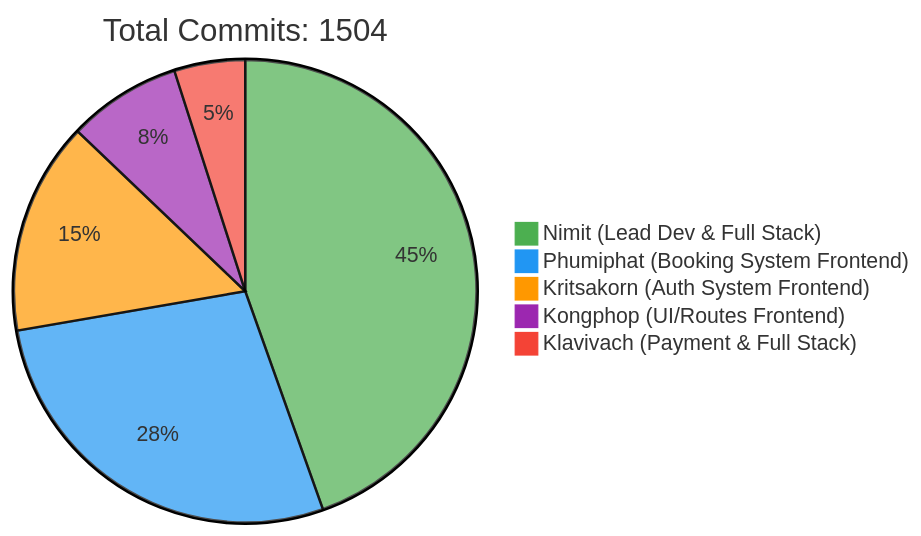
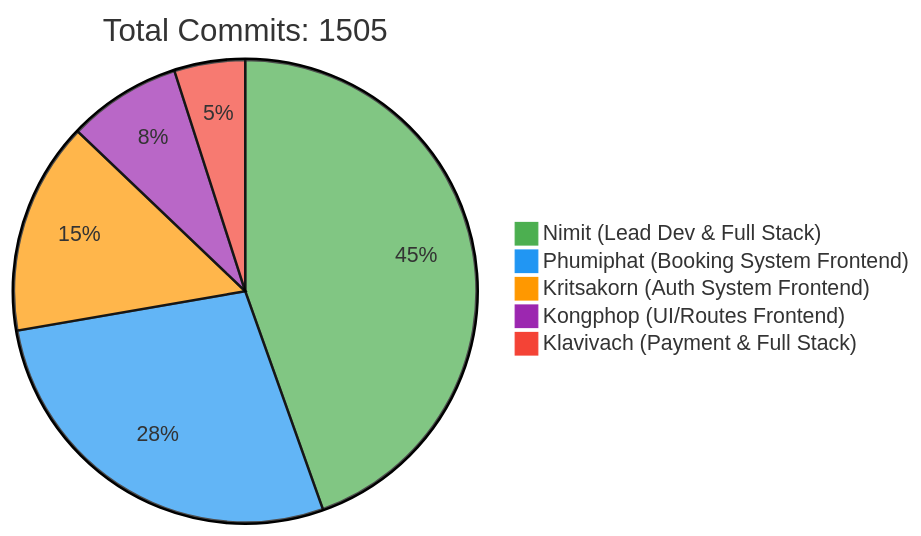
Before and after one commit to 6531503042/Sport-Complex: the first of 2 diagrams in README.md, drawn with Mermaid. The commit also changed other lines of this file, not shown here.

Commit message:
docs: Update contributor statistics [skip ci]

````diff
--- a/README.md
+++ b/README.md
@@ -257,10 +257,10 @@
 ```mermaid
 %%{init: {'theme': 'base', 'themeVariables': { 'pie1': '#4CAF50', 'pie2': '#2196F3', 'pie3': '#FF9800', 'pie4': '#9C27B0', 'pie5': '#F44336'}}}%%
 pie
-    title Total Commits: 1504
+    title Total Commits: 1505
     "Nimit (Lead Dev & Full Stack)" : 450
     "Phumiphat (Booking System Frontend)" : 280
     "Kritsakorn (Auth System Frontend)" : 150
     "Kongphop (UI/Routes Frontend)" : 80
     "Klavivach (Payment & Full Stack)" : 50
 ```
````
